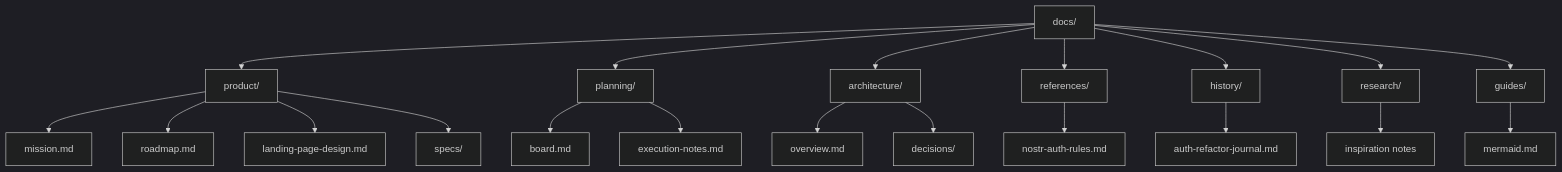
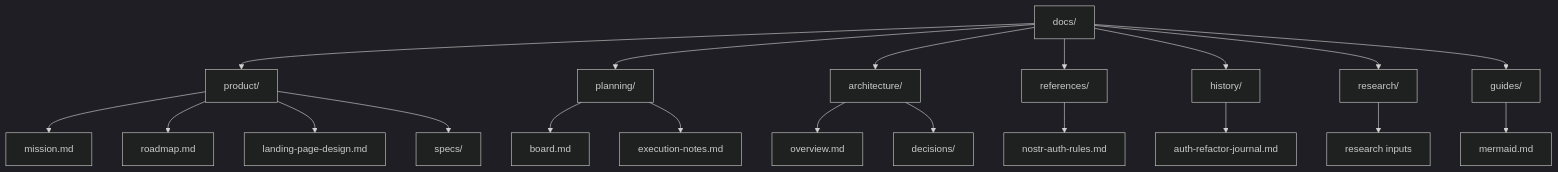
Before and after one commit to maxiim3/nostr-tools-ng-app: the diagram in docs/README.md, drawn with Mermaid (dark theme). The commit also changed other lines of this file and 14 other files, not shown here.

````diff
--- a/docs/README.md
+++ b/docs/README.md
@@ -33,23 +49,23 @@
 ```mermaid
 flowchart TD
   Docs[docs/] --> Product[product/]
   Docs --> Planning[planning/]
   Docs --> Architecture[architecture/]
   Docs --> References[references/]
   Docs --> History[history/]
   Docs --> Research[research/]
   Docs --> Guides[guides/]
 
   Product --> Mission[mission.md]
   Product --> Roadmap[roadmap.md]
   Product --> LandingDesign[landing-page-design.md]
-  Product --> Specs[specs/]
+  Product --> ProductSpecs[specs/]
   Planning --> Board[board.md]
   Planning --> ExecutionNotes[execution-notes.md]
   Architecture --> Overview[overview.md]
   Architecture --> Decisions[decisions/]
   References --> Rules[nostr-auth-rules.md]
   History --> Journal[auth-refactor-journal.md]
-  Research --> Inputs[inspiration notes]
+  Research --> Inputs[research inputs]
   Guides --> Mermaid[mermaid.md]
 ```
````
